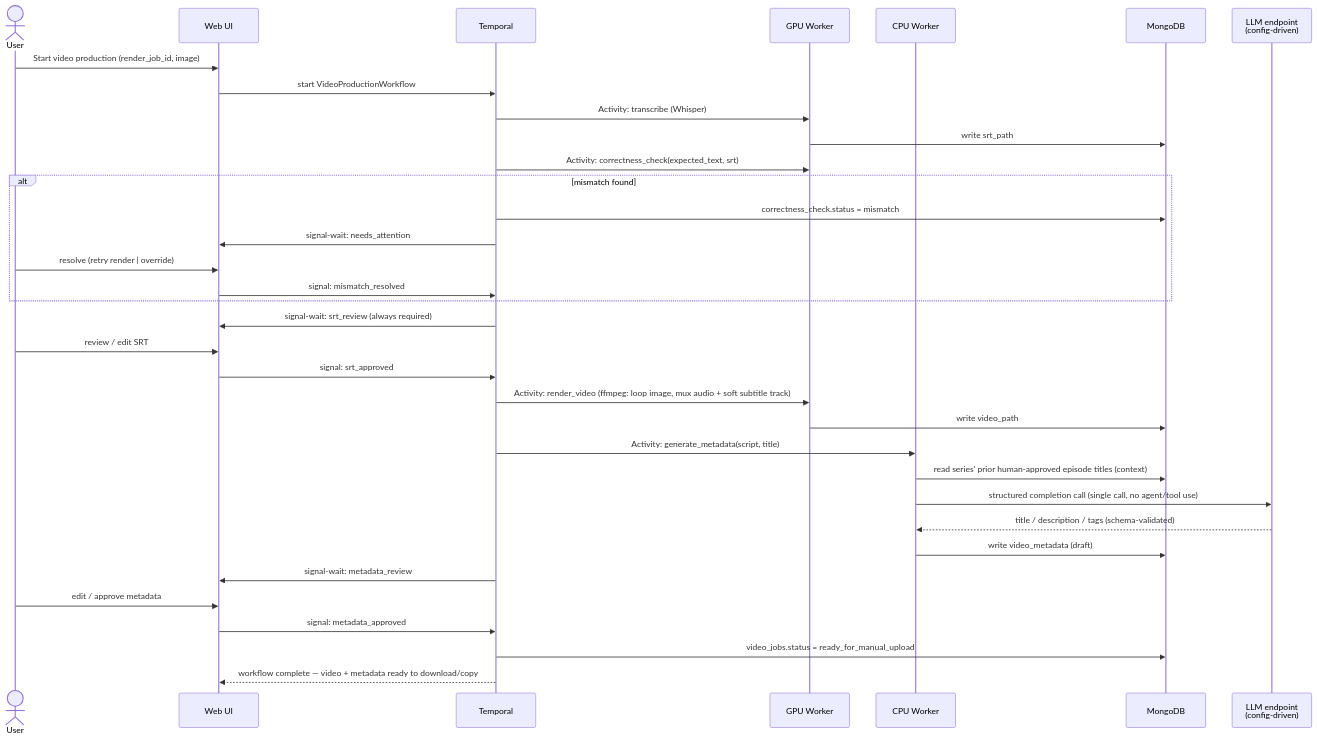
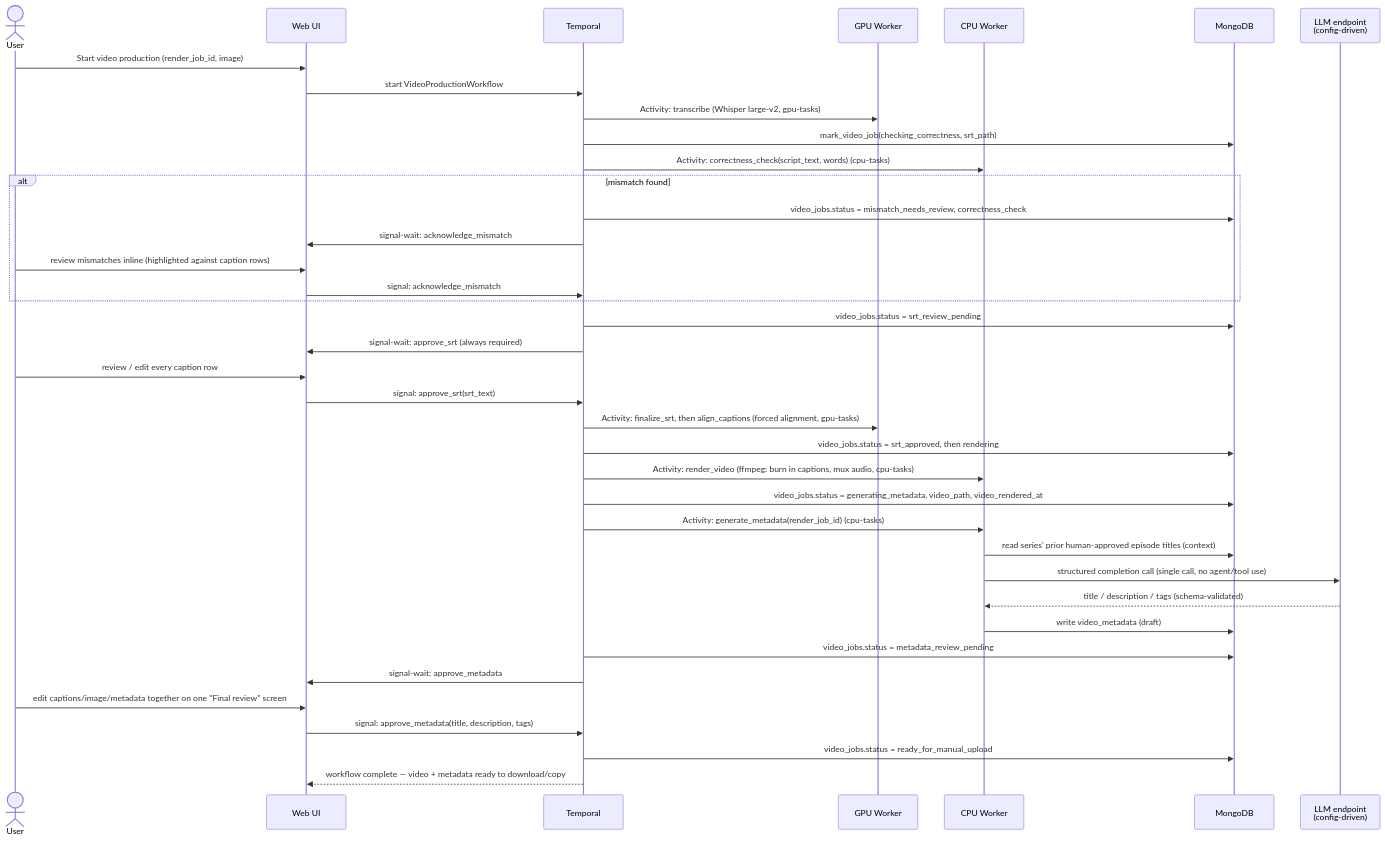
Before and after one commit to geosp/mx-narrator: the fifth of 7 diagrams in docs/rfc-narrator-studio.md, drawn with Mermaid. The commit also changed other lines of this file, not shown here.

````diff
--- a/docs/rfc-narrator-studio.md
+++ b/docs/rfc-narrator-studio.md
@@ -317,37 +368,41 @@
 ```mermaid
 sequenceDiagram
     actor U as User
     participant UI as Web UI
     participant T as Temporal
     participant GW as GPU Worker
     participant CW as CPU Worker
     participant M as MongoDB
     participant LLM as LLM endpoint<br/>(config-driven)
 
     U->>UI: Start video production (render_job_id, image)
     UI->>T: start VideoProductionWorkflow
-    T->>GW: Activity: transcribe (Whisper)
-    GW->>M: write srt_path
-    T->>GW: Activity: correctness_check(expected_text, srt)
+    T->>GW: Activity: transcribe (Whisper large-v2, gpu-tasks)
+    T->>M: mark_video_job(checking_correctness, srt_path)
+    T->>CW: Activity: correctness_check(script_text, words) (cpu-tasks)
     alt mismatch found
-        T->>M: correctness_check.status = mismatch
-        T->>UI: signal-wait: needs_attention
-        U->>UI: resolve (retry render | override)
-        UI->>T: signal: mismatch_resolved
+        T->>M: video_jobs.status = mismatch_needs_review, correctness_check
+        T->>UI: signal-wait: acknowledge_mismatch
+        U->>UI: review mismatches inline (highlighted against caption rows)
+        UI->>T: signal: acknowledge_mismatch
     end
-    T->>UI: signal-wait: srt_review (always required)
-    U->>UI: review / edit SRT
-    UI->>T: signal: srt_approved
-    T->>GW: Activity: render_video (ffmpeg: loop image, mux audio + soft subtitle track)
-    GW->>M: write video_path
-    T->>CW: Activity: generate_metadata(script, title)
+    T->>M: video_jobs.status = srt_review_pending
+    T->>UI: signal-wait: approve_srt (always required)
+    U->>UI: review / edit every caption row
+    UI->>T: signal: approve_srt(srt_text)
+    T->>GW: Activity: finalize_srt, then align_captions (forced alignment, gpu-tasks)
+    T->>M: video_jobs.status = srt_approved, then rendering
+    T->>CW: Activity: render_video (ffmpeg: burn in captions, mux audio, cpu-tasks)
+    T->>M: video_jobs.status = generating_metadata, video_path, video_rendered_at
+    T->>CW: Activity: generate_metadata(render_job_id) (cpu-tasks)
     CW->>M: read series' prior human-approved episode titles (context)
     CW->>LLM: structured completion call (single call, no agent/tool use)
     LLM-->>CW: title / description / tags (schema-validated)
     CW->>M: write video_metadata (draft)
-    T->>UI: signal-wait: metadata_review
-    U->>UI: edit / approve metadata
-    UI->>T: signal: metadata_approved
+    T->>M: video_jobs.status = metadata_review_pending
+    T->>UI: signal-wait: approve_metadata
+    U->>UI: edit captions/image/metadata together on one "Final review" screen
+    UI->>T: signal: approve_metadata(title, description, tags)
     T->>M: video_jobs.status = ready_for_manual_upload
     T-->>UI: workflow complete — video + metadata ready to download/copy
 ```
````
